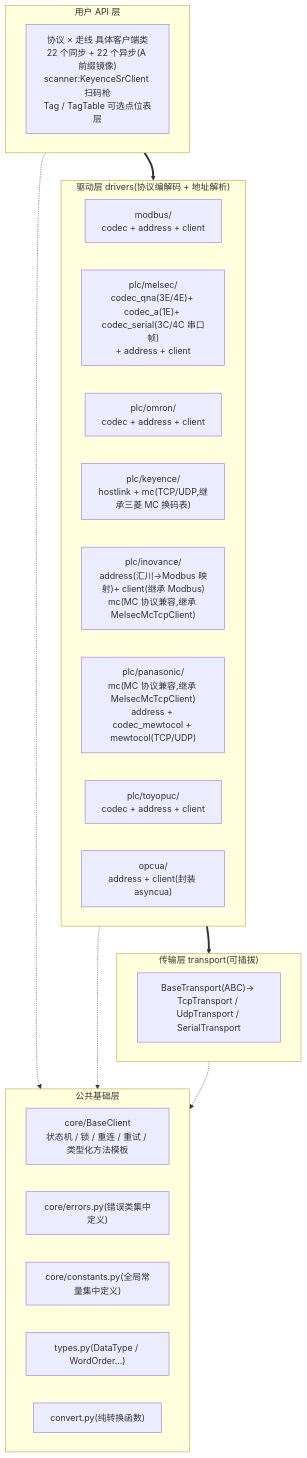
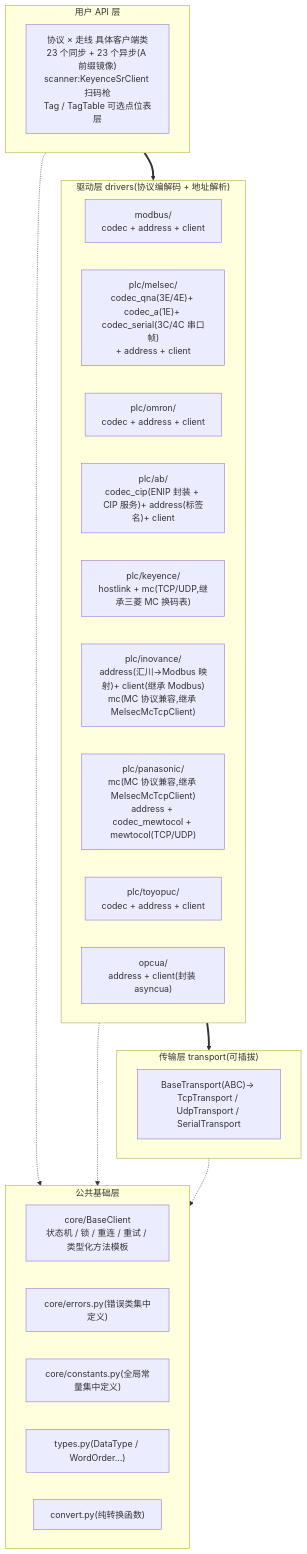
The first of 3 diagrams in docs/architecture.md (yunluo/omniplc), drawn with Mermaid before and after one commit. The commit also changed other lines of this file and 11 other files, not shown here.

````diff
--- a/docs/architecture.md
+++ b/docs/architecture.md
@@ -13,32 +13,33 @@
 ```mermaid
 flowchart TB
     subgraph UserApi["用户 API 层"]
-        Clients["协议 × 走线 具体客户端类<br/>22 个同步 + 22 个异步(A 前缀镜像)<br/>scanner:KeyenceSrClient 扫码枪<br/>Tag / TagTable 可选点位表层"]
+        Clients["协议 × 走线 具体客户端类<br/>23 个同步 + 23 个异步(A 前缀镜像)<br/>scanner:KeyenceSrClient 扫码枪<br/>Tag / TagTable 可选点位表层"]
     end
     subgraph Drivers["驱动层 drivers(协议编解码 + 地址解析)"]
         Modbus["modbus/<br/>codec + address + client"]
         Melsec["plc/melsec/<br/>codec_qna(3E/4E)+ codec_a(1E)+ codec_serial(3C/4C 串口帧)<br/>+ address + client"]
         Omron["plc/omron/<br/>codec + address + client"]
+        Ab["plc/ab/<br/>codec_cip(ENIP 封装 + CIP 服务)+ address(标签名)+ client"]
         Keyence["plc/keyence/<br/>hostlink + mc(TCP/UDP,继承三菱 MC 换码表)"]
         InovanceD["plc/inovance/<br/>address(汇川→Modbus 映射)+ client(继承 Modbus)<br/>mc(MC 协议兼容,继承 MelsecMcTcpClient)"]
         PanasonicD["plc/panasonic/<br/>mc(MC 协议兼容,继承 MelsecMcTcpClient)<br/>address + codec_mewtocol + mewtocol(TCP/UDP)"]
         Toyopuc["plc/toyopuc/<br/>codec + address + client"]
         Opcua["opcua/<br/>address + client(封装 asyncua)"]
     end
     subgraph TransportLayer["传输层 transport(可插拔)"]
         TransportList["BaseTransport(ABC)→ TcpTransport / UdpTransport / SerialTransport"]
     end
     subgraph CoreLayer["公共基础层"]
         BaseClientC["core/BaseClient<br/>状态机 / 锁 / 重连 / 重试 / 类型化方法模板"]
         Errors["core/errors.py(错误类集中定义)"]
         Constants["core/constants.py(全局常量集中定义)"]
         TypesC["types.py(DataType / WordOrder…)"]
         ConvertC["convert.py(纯转换函数)"]
     end
 
     UserApi ==> Drivers
     Drivers ==> TransportLayer
     UserApi -.-> CoreLayer
     Drivers -.-> CoreLayer
     TransportLayer -.-> CoreLayer
 ```
````
